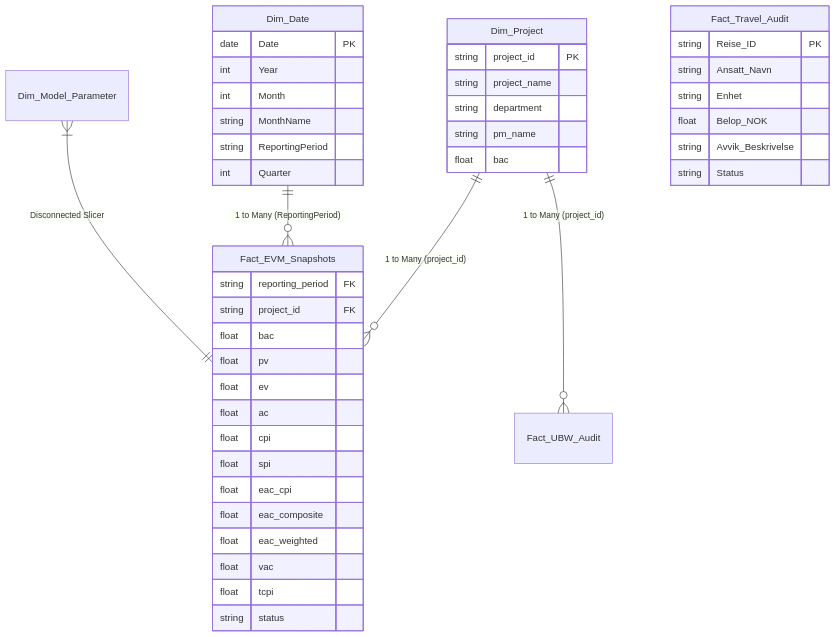
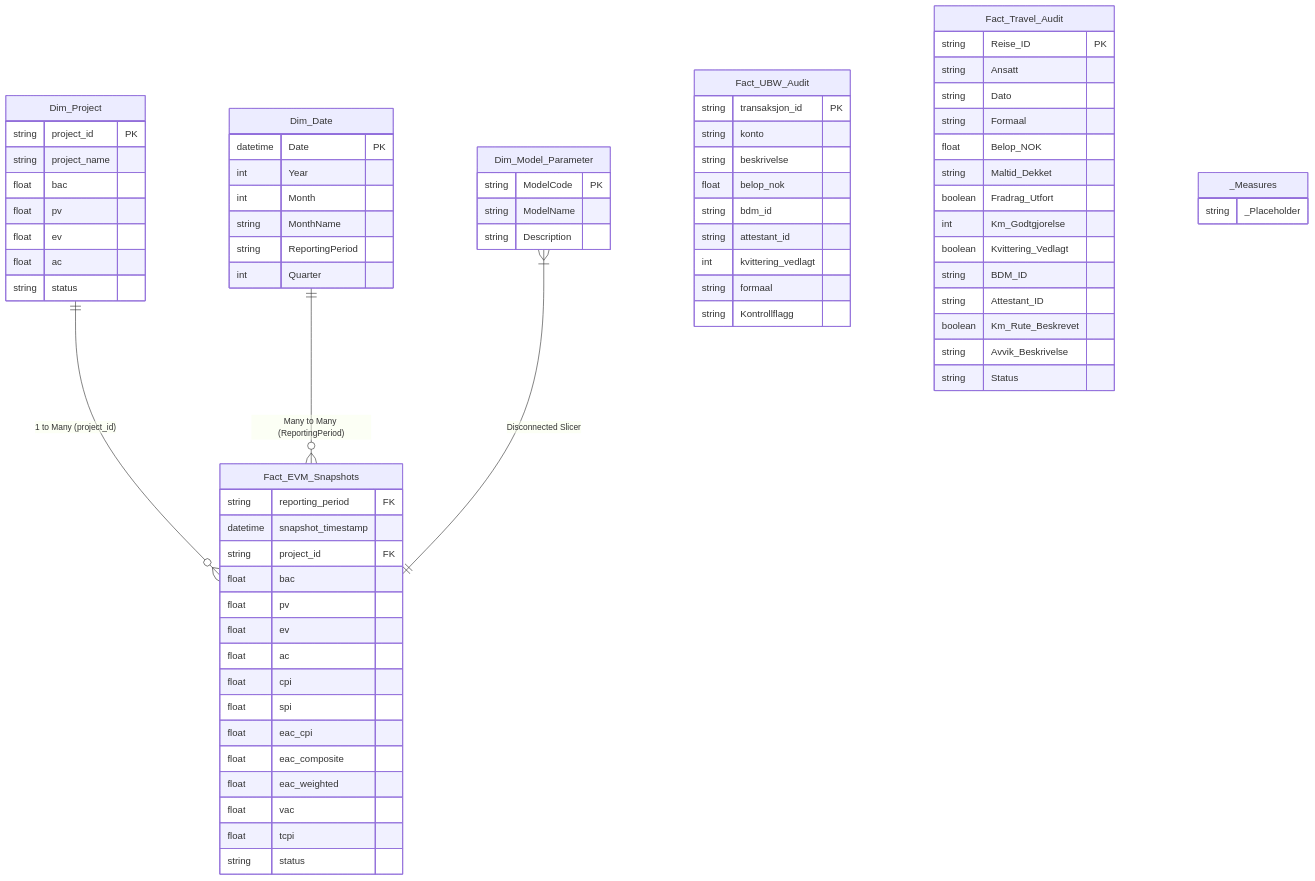
One commit to Frank-Ellingsen/Controller changed the diagram in powerbi/UiA_Controller_DataModel_Spec.md. Above: the diagram before and after it, drawn with Mermaid. The commit also changed other lines of this file and 30 other files, not shown here.

````diff
--- a/powerbi/UiA_Controller_DataModel_Spec.md
+++ b/powerbi/UiA_Controller_DataModel_Spec.md
@@ -11,50 +13,82 @@
 ```mermaid
 erDiagram
     Dim_Project ||--o{ Fact_EVM_Snapshots : "1 to Many (project_id)"
-    Dim_Project ||--o{ Fact_UBW_Audit : "1 to Many (project_id)"
-    Dim_Date ||--o{ Fact_EVM_Snapshots : "1 to Many (ReportingPeriod)"
+    Dim_Date ||--o{ Fact_EVM_Snapshots : "Many to Many (ReportingPeriod)"
     Dim_Model_Parameter }|--|| Fact_EVM_Snapshots : "Disconnected Slicer"
     
     Dim_Project {
         string project_id PK
         string project_name
-        string department
-        string pm_name
         float bac
+        float pv
+        float ev
+        float ac
+        string status
     }
 
     Fact_EVM_Snapshots {
         string reporting_period FK
+        datetime snapshot_timestamp
         string project_id FK
         float bac
         float pv
         float ev
         float ac
         float cpi
         float spi
         float eac_cpi
         float eac_composite
         float eac_weighted
         float vac
         float tcpi
         string status
     }
 
+    Fact_UBW_Audit {
+        string transaksjon_id PK
+        string konto
+        string beskrivelse
+        float belop_nok
+        string bdm_id
+        string attestant_id
+        int kvittering_vedlagt
+        string formaal
+        string Kontrollflagg
+    }
+
     Fact_Travel_Audit {
         string Reise_ID PK
-        string Ansatt_Navn
-        string Enhet
+        string Ansatt
+        string Dato
+        string Formaal
         float Belop_NOK
+        string Maltid_Dekket
+        boolean Fradrag_Utfort
+        int Km_Godtgjorelse
+        boolean Kvittering_Vedlagt
+        string BDM_ID
+        string Attestant_ID
+        boolean Km_Rute_Beskrevet
         string Avvik_Beskrivelse
         string Status
     }
 
     Dim_Date {
-        date Date PK
+        datetime Date PK
         int Year
         int Month
         string MonthName
         string ReportingPeriod
         int Quarter
     }
+
+    Dim_Model_Parameter {
+        string ModelCode PK
+        string ModelName
+        string Description
+    }
+
+    _Measures {
+        string _Placeholder
+    }
 ```
````
